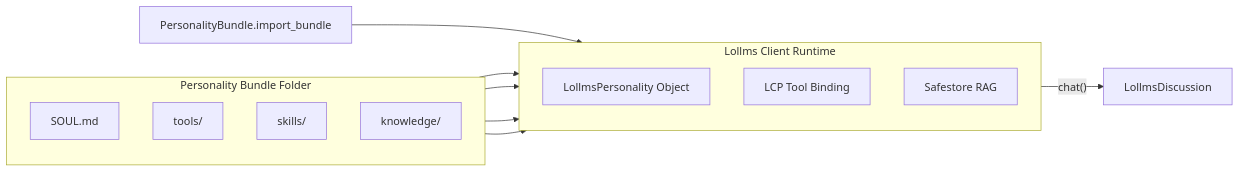
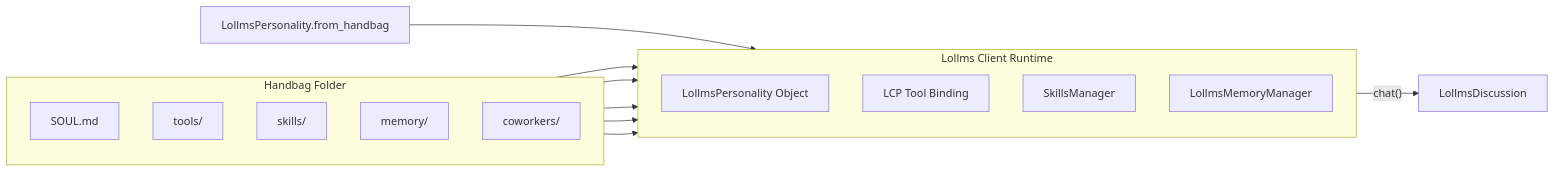
The diagram in src/lollms_client/lollms_personality/README.md (ParisNeo/lollms_client), drawn with Mermaid before and after one commit. The commit also changed other lines of this file and 13 other files, not shown here.

Commit message:
refactor: unify LollmsPersonality and Handbag systems across agent and discussion modules

````diff
--- a/src/lollms_client/lollms_personality/README.md
+++ b/src/lollms_client/lollms_personality/README.md
@@ -52,25 +57,28 @@
 ```mermaid
 flowchart LR
-    subgraph Bundle[Personality Bundle Folder]
+    subgraph Handbag[Handbag Folder]
         direction TB
         SOUL[SOUL.md]
         Tools[tools/]
         Skills[skills/]
-        Knowledge[knowledge/]
+        Memory[memory/]
+        Coworkers[coworkers/]
     end
 
     subgraph Runtime[Lollms Client Runtime]
         direction TB
         LP[LollmsPersonality Object]
         LCP[LCP Tool Binding]
-        RAG[Safestore RAG]
+        SM[SkillsManager]
+        MM[LollmsMemoryManager]
     end
 
-    PersonalityBundle.import_bundle --> LP
+    LollmsPersonality.from_handbag --> LP
     Tools --> LCP
-    Knowledge --> RAG
-    Skills --> LP
+    Memory --> MM
+    Skills --> SM
     SOUL --> LP
+    Coworkers --> LP
     
     LP -- chat() --> LollmsDiscussion
 ```
````
